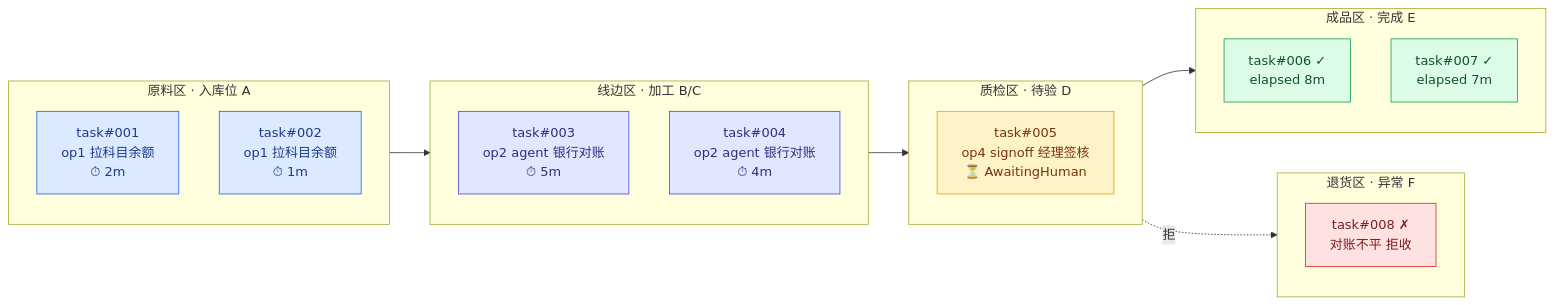
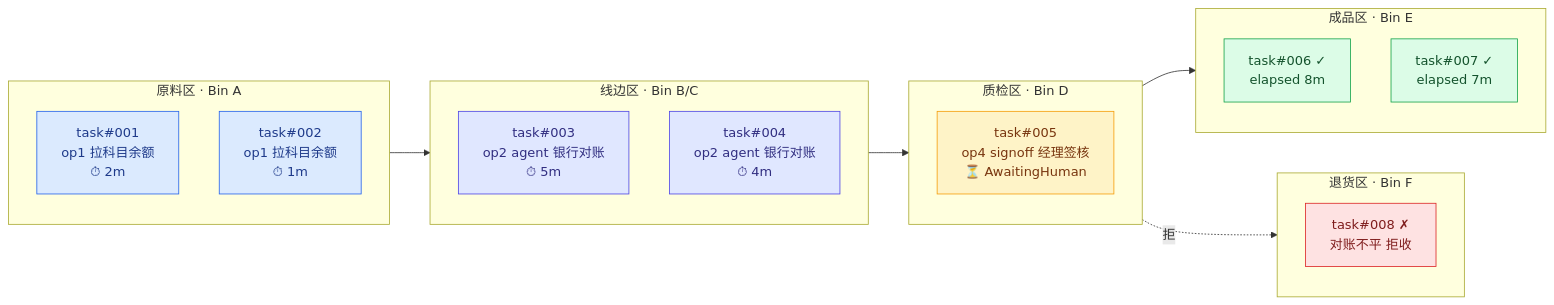
Before and after one commit to chehuizi/beeOS: the second of 4 diagrams in docs/architecture/kernel-design.md, drawn with Mermaid. The commit also changed other lines of this file, not shown here.

First line of the commit message:
docs: 库位英文 Location → Bin（WMS 标准）

````diff
--- a/docs/architecture/kernel-design.md
+++ b/docs/architecture/kernel-design.md
@@ -95,36 +95,36 @@
 ```mermaid
 flowchart LR
-    subgraph R["原料区 · 入库位 A"]
+    subgraph R["原料区 · Bin A"]
         R1["task#001<br/>op1 拉科目余额<br/>⏱ 2m"]
         R2["task#002<br/>op1 拉科目余额<br/>⏱ 1m"]
     end
-    subgraph L["线边区 · 加工 B/C"]
+    subgraph L["线边区 · Bin B/C"]
         L1["task#003<br/>op2 agent 银行对账<br/>⏱ 5m"]
         L2["task#004<br/>op2 agent 银行对账<br/>⏱ 4m"]
     end
-    subgraph Q["质检区 · 待验 D"]
+    subgraph Q["质检区 · Bin D"]
         Q1["task#005<br/>op4 signoff 经理签核<br/>⏳ AwaitingHuman"]
     end
-    subgraph F["成品区 · 完成 E"]
+    subgraph F["成品区 · Bin E"]
         F1["task#006 ✓<br/>elapsed 8m"]
         F2["task#007 ✓<br/>elapsed 7m"]
     end
-    subgraph X["退货区 · 异常 F"]
+    subgraph X["退货区 · Bin F"]
         X1["task#008 ✗<br/>对账不平 拒收"]
     end
 
     R --> L --> Q --> F
     Q -.拒.-> X
 
     classDef raw fill:#dbeafe,stroke:#2563eb,color:#1e3a8a
     classDef line fill:#e0e7ff,stroke:#4f46e5,color:#312e81
     classDef qc fill:#fef3c7,stroke:#f59e0b,color:#78350f
     classDef fin fill:#dcfce7,stroke:#16a34a,color:#14532d
     classDef ret fill:#fee2e2,stroke:#dc2626,color:#7f1d1d
 
     class R1,R2 raw
     class L1,L2 line
     class Q1 qc
     class F1,F2 fin
     class X1 ret
 ```
````
